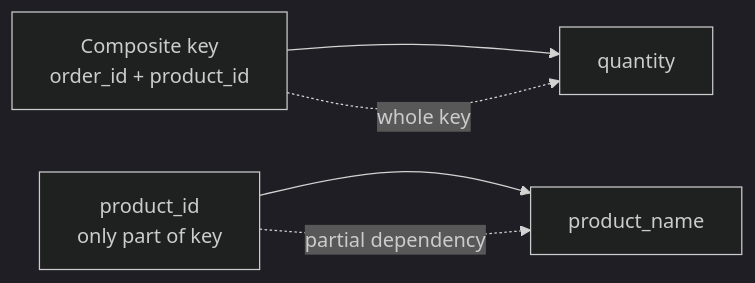
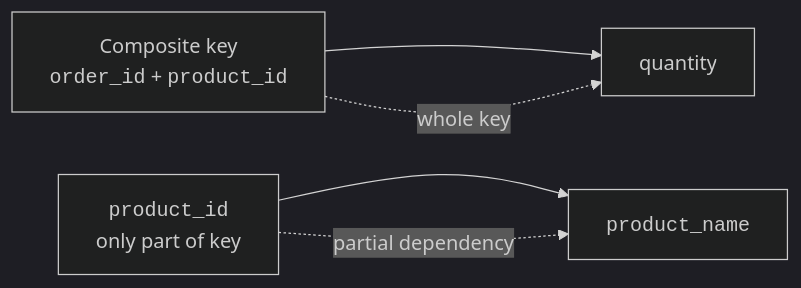
One commit to dataslope/dataslope changed the third of 7 diagrams in content/learn/database-design-postgresql/second-normal-form.mdx. Above: the diagram before and after it, drawn with Mermaid (dark theme). The commit also changed other lines of this file and 153 other files, not shown here.

First line of the commit message:
Render code-only mermaid shapes in monospace; convert step sequences to Steps

````diff
--- a/content/learn/database-design-postgresql/second-normal-form.mdx
+++ b/content/learn/database-design-postgresql/second-normal-form.mdx
@@ -65,7 +65,7 @@
 ```mermaid
 flowchart LR
-    K["Composite key<br/>order_id + product_id"] --> Q["quantity"]
-    P["product_id<br/>only part of key"] --> N["product_name"]
+    K["Composite key<br/><code>order_id</code> + <code>product_id</code>"] --> Q["quantity"]
+    P["<code>product_id</code><br/>only part of key"] --> N["<code>product_name</code>"]
     K -. whole key .-> Q
     P -. partial dependency .-> N
 ```
````
